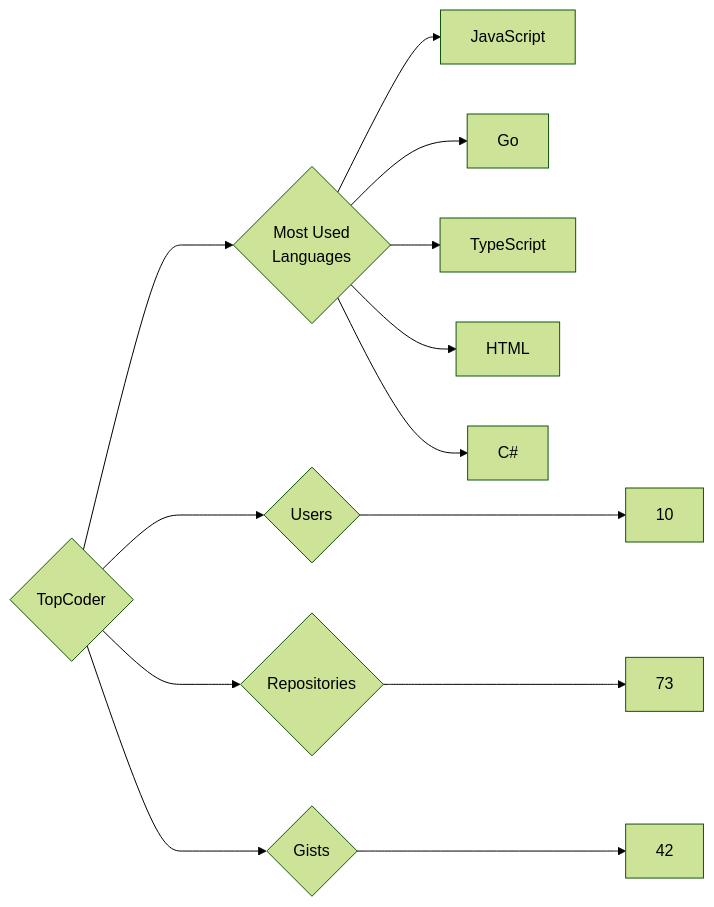
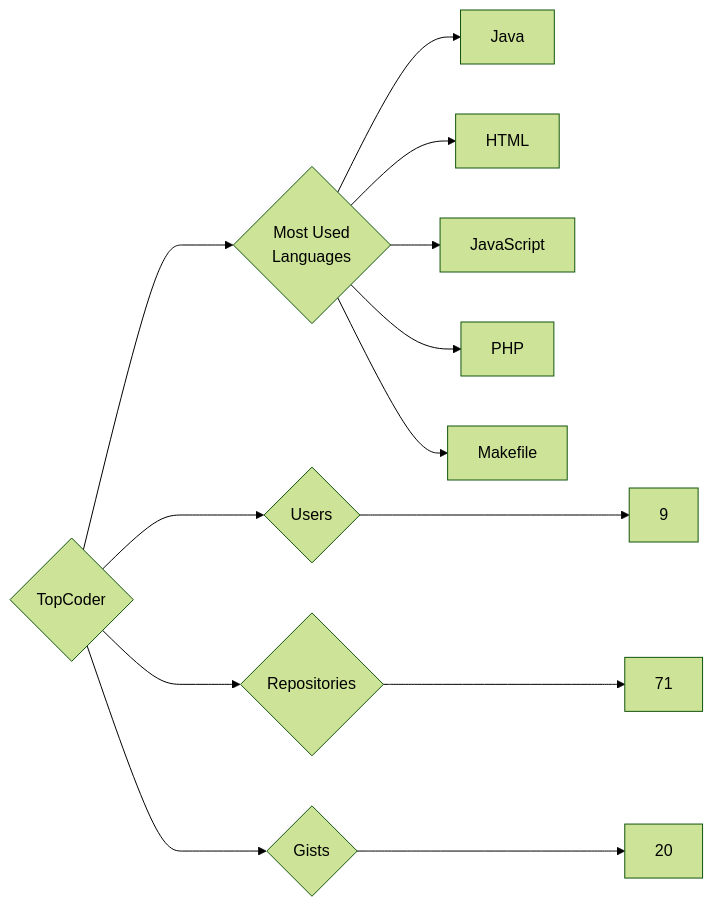
One commit to trickest/insiders changed the diagram in targets/TopCoder/README.md. Above: the diagram before and after it, drawn with Mermaid (forest theme). The commit also changed 835 other files, not shown here.

````diff
--- a/targets/TopCoder/README.md
+++ b/targets/TopCoder/README.md
@@ -3,13 +3,13 @@
 ```mermaid
 graph LR
 COMPANY_NAME{TopCoder}
-COMPANY_NAME ---> U{Users} ---> UN[10]
-COMPANY_NAME ---> R{Repositories} ---> RN[73]
-COMPANY_NAME ---> G{Gists} ---> GN[42]
+COMPANY_NAME ---> U{Users} ---> UN[9]
+COMPANY_NAME ---> R{Repositories} ---> RN[71]
+COMPANY_NAME ---> G{Gists} ---> GN[20]
 COMPANY_NAME ---> ML{Most Used<br>Languages}
+ML --> Java[Java]
+ML --> HTML[HTML]
 ML --> JavaScript[JavaScript]
-ML --> Go[Go]
-ML --> TypeScript[TypeScript]
-ML --> HTML[HTML]
-ML --> C#[C#]
+ML --> PHP[PHP]
+ML --> Makefile[Makefile]
 ```
````
